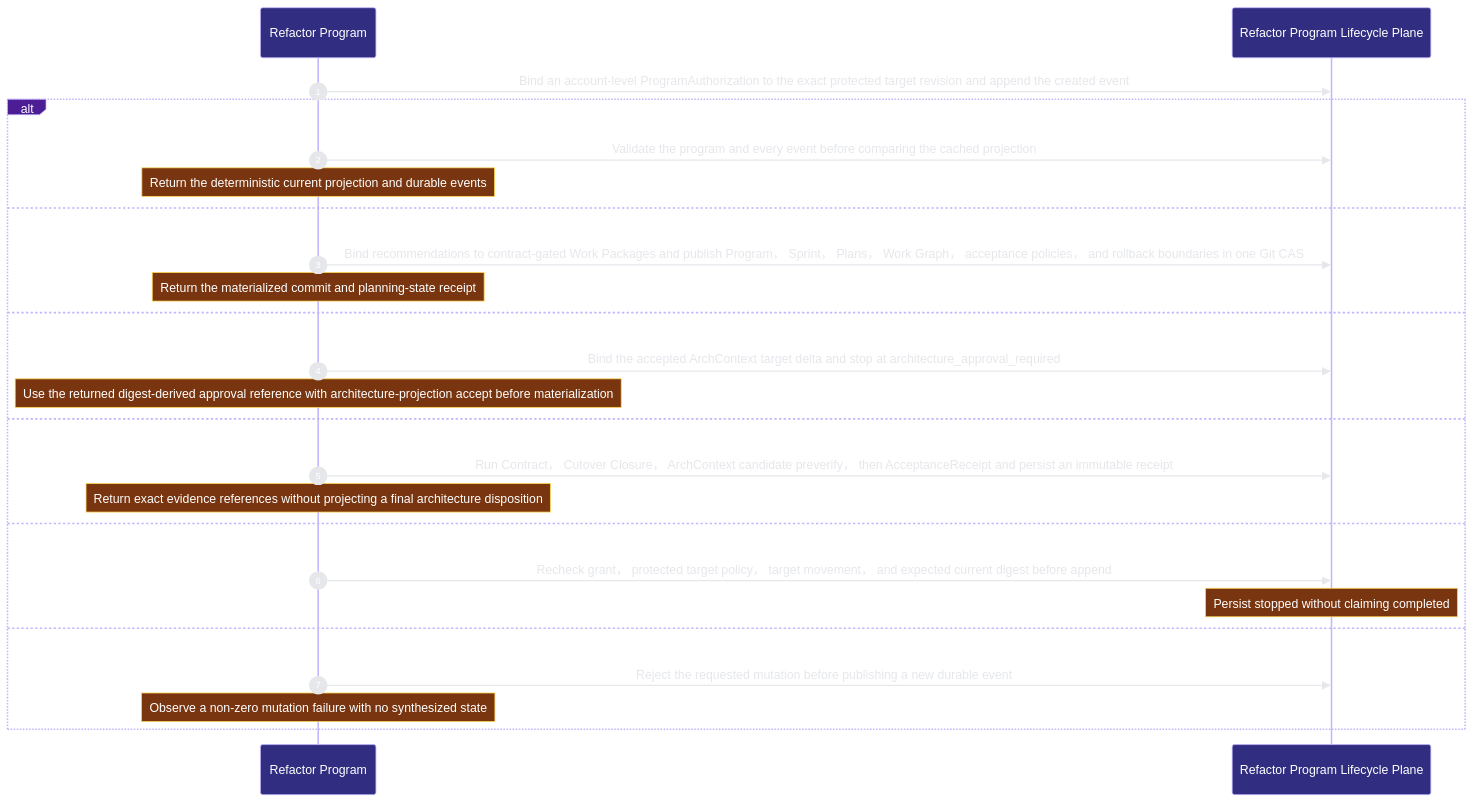
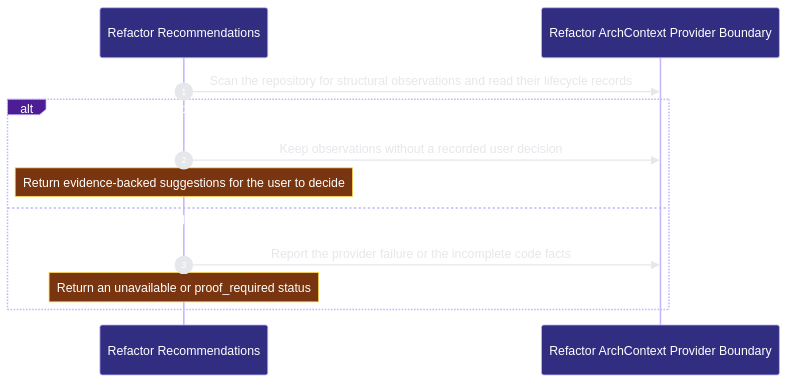
One commit to Ancienttwo/repo-harness changed the third of 3 diagrams in docs/architecture/modules/runtime-harness/refactor-program.md. Above: the diagram before and after it, drawn with Mermaid. The commit also changed other lines of this file and 235 other files, not shown here.

````diff
--- a/docs/architecture/modules/runtime-harness/refactor-program.md
+++ b/docs/architecture/modules/runtime-harness/refactor-program.md
@@ -85,27 +72,15 @@
 ```mermaid
 %%{init: {"theme":"base","themeVariables":{"background":"#0d1117","actorBkg":"#312e81","actorBorder":"#c4b5fd","actorTextColor":"#ffffff","signalColor":"#e5e7eb","signalTextColor":"#e5e7eb","labelBoxBkgColor":"#4c1d95","labelBoxBorderColor":"#c4b5fd","labelTextColor":"#ffffff","noteBkgColor":"#78350f","noteBorderColor":"#fcd34d","noteTextColor":"#ffffff","sequenceNumberColor":"#ffffff"}}}%%
 sequenceDiagram
   autonumber
-  participant p2_operator_97b83da8 as Refactor Program
-  participant p2_program_store_c54d7d72 as Refactor Program Lifecycle Plane
-  p2_operator_97b83da8->>p2_program_store_c54d7d72: Bind an account-level ProgramAuthorization to the exact protected target revision and append the created event
-  alt Rebuild current state from the immutable event chain
-  p2_operator_97b83da8->>p2_program_store_c54d7d72: Validate the program and every event before comparing the cached projection
-    Note over p2_operator_97b83da8: Return the deterministic current projection and durable events
-  else Publish one exact Refactor Program execution graph atomically
-  p2_operator_97b83da8->>p2_program_store_c54d7d72: Bind recommendations to contract-gated Work Packages and publish Program， Sprint， Plans， Work Graph， acceptance policies， and rollback boundaries in one Git CAS
-    Note over p2_operator_97b83da8: Return the materialized commit and planning-state receipt
-  else Route architecture-scale work through the existing human projection acceptance authority
-  p2_operator_97b83da8->>p2_program_store_c54d7d72: Bind the accepted ArchContext target delta and stop at architecture_approval_required
-    Note over p2_operator_97b83da8: Use the returned digest-derived approval reference with architecture-projection accept before materialization
-  else Verify an exact candidate through all four gates in fixed order
-  p2_operator_97b83da8->>p2_program_store_c54d7d72: Run Contract， Cutover Closure， ArchContext candidate preverify， then AcceptanceReceipt and persist an immutable receipt
-    Note over p2_operator_97b83da8: Return exact evidence references without projecting a final architecture disposition
-  else Append an explicit stopped terminal transition
-  p2_operator_97b83da8->>p2_program_store_c54d7d72: Recheck grant， protected target policy， target movement， and expected current digest before append
-    Note over p2_program_store_c54d7d72: Persist stopped without claiming completed
-  else Off mode， shadow-forbidden work， stale authority， moved target， or conflicting replay fails closed
-  p2_operator_97b83da8->>p2_program_store_c54d7d72: Reject the requested mutation before publishing a new durable event
-    Note over p2_operator_97b83da8: Observe a non-zero mutation failure with no synthesized state
+  participant p2_refactor_program_a8b792d5 as Refactor Recommendations
+  participant p2_archctx_provider_3b536550 as Refactor ArchContext Provider Boundary
+  p2_refactor_program_a8b792d5->>p2_archctx_provider_3b536550: Scan the repository for structural observations and read their lifecycle records
+  alt Open suggestions are shown with their metrics and module statistics
+  p2_refactor_program_a8b792d5->>p2_archctx_provider_3b536550: Keep observations without a recorded user decision
+    Note over p2_refactor_program_a8b792d5: Return evidence-backed suggestions for the user to decide
+  else A missing model， provider or complete code facts produces no suggestion
+  p2_refactor_program_a8b792d5->>p2_archctx_provider_3b536550: Report the provider failure or the incomplete code facts
+    Note over p2_refactor_program_a8b792d5: Return an unavailable or proof_required status
   end
 ```
````
